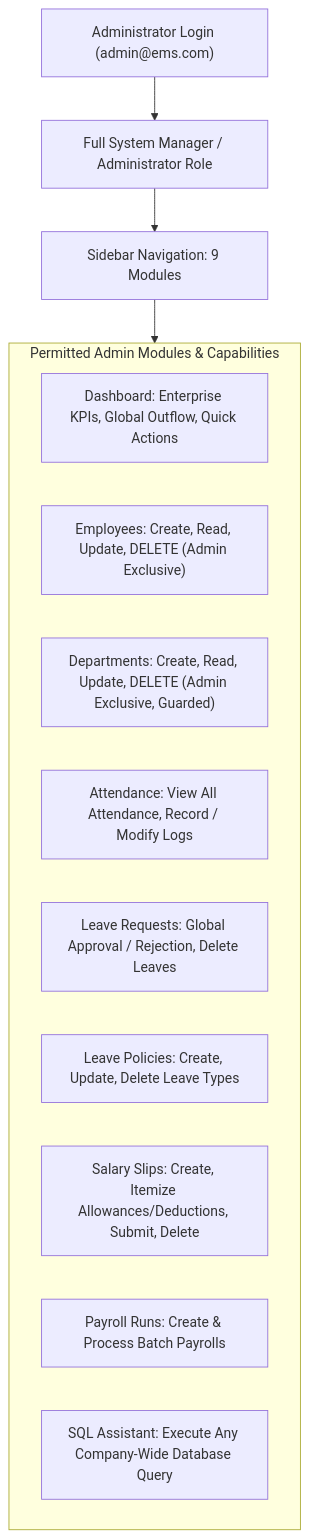
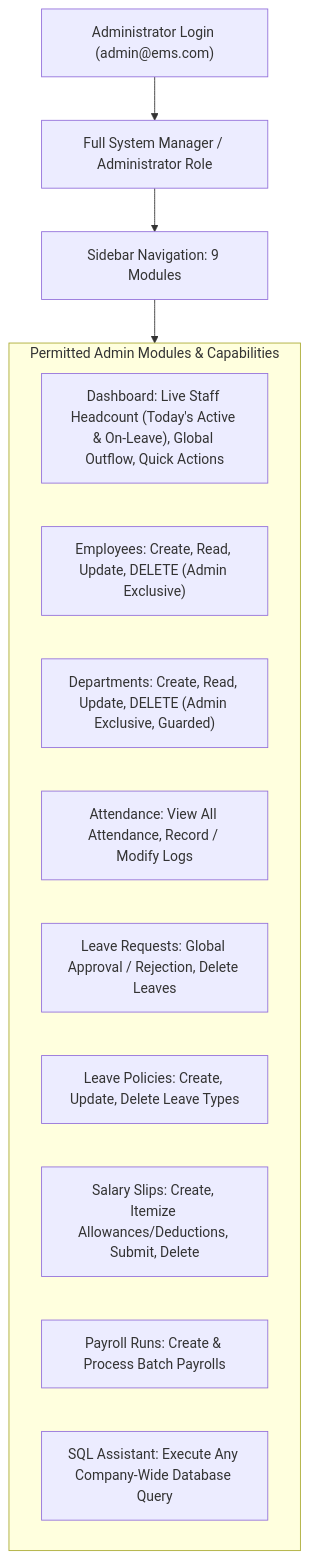
Before and after one commit to veerapandian2004/Employee-Management-System-With-Rag: the fourth of 19 diagrams in employee_management_system/employee_management_system/flow.md, drawn with Mermaid. The commit also changed other lines of this file and 14 other files, not shown here.

````diff
--- a/employee_management_system/employee_management_system/flow.md
+++ b/employee_management_system/employee_management_system/flow.md
@@ -205,19 +205,19 @@
 ```mermaid
 graph TD
     AdminLogin["Administrator Login (admin@ems.com)"] --> AdminAuth["Full System Manager / Administrator Role"]
     AdminAuth --> AdminNav["Sidebar Navigation: 9 Modules"]
 
     subgraph AdminModules["Permitted Admin Modules & Capabilities"]
-        M1["Dashboard: Enterprise KPIs, Global Outflow, Quick Actions"]
+        M1["Dashboard: Live Staff Headcount (Today's Active & On-Leave), Global Outflow, Quick Actions"]
         M2["Employees: Create, Read, Update, DELETE (Admin Exclusive)"]
         M3["Departments: Create, Read, Update, DELETE (Admin Exclusive, Guarded)"]
         M4["Attendance: View All Attendance, Record / Modify Logs"]
         M5["Leave Requests: Global Approval / Rejection, Delete Leaves"]
         M6["Leave Policies: Create, Update, Delete Leave Types"]
         M7["Salary Slips: Create, Itemize Allowances/Deductions, Submit, Delete"]
         M8["Payroll Runs: Create & Process Batch Payrolls"]
         M9["SQL Assistant: Execute Any Company-Wide Database Query"]
     end
 
     AdminNav --> AdminModules
 ```
````
